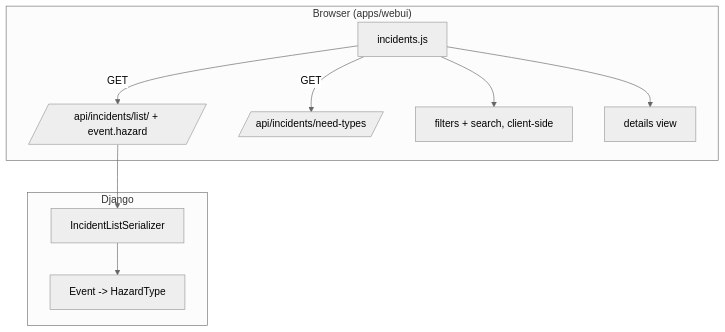
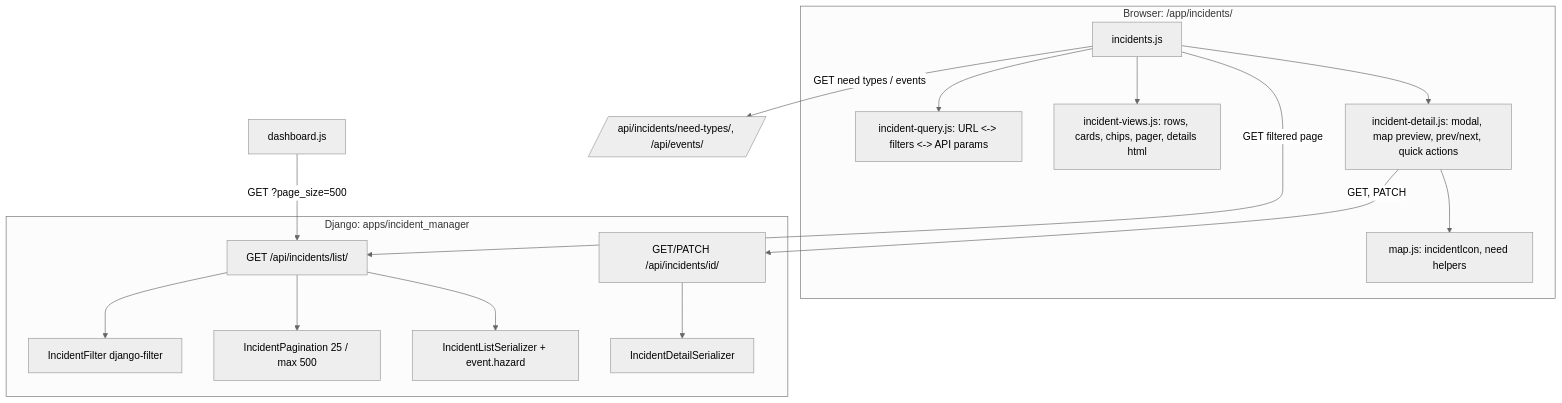
One commit to skfarhad/hazard_reporting_system changed the diagram in agent-os/specs/2026-11-04-incident-list-needs-filters-details/spec.md. Above: the diagram before and after it, drawn with Mermaid (neutral theme). The commit also changed other lines of this file and 3 other files, not shown here.

Commit message:
chore(incident-list-needs-filters-details): plan server-side filters, list views and details modal

````diff
--- a/agent-os/specs/2026-11-04-incident-list-needs-filters-details/spec.md
+++ b/agent-os/specs/2026-11-04-incident-list-needs-filters-details/spec.md
@@ -52,13 +70,19 @@
 ```mermaid
 graph TB
-    subgraph "Browser (apps/webui)"
-        P[incidents.js] -->|GET| L[/api/incidents/list/ + event.hazard/]
-        P -->|GET| N[/api/incidents/need-types/]
-        P --> F[filters + search, client-side]
-        P --> D[details view]
+    subgraph "Browser: /app/incidents/"
+        IP[incidents.js] --> QS[incident-query.js: URL <-> filters <-> API params]
+        IP --> IV[incident-views.js: rows, cards, chips, pager, details html]
+        IP --> DM[incident-detail.js: modal, map preview, prev/next, quick actions]
+        DM --> MP[map.js: incidentIcon, need helpers]
     end
-    subgraph "Django"
-        L --> S[IncidentListSerializer]
-        S --> E[Event -> HazardType]
+    subgraph "Django: apps/incident_manager"
+        L[GET /api/incidents/list/] --> FS[IncidentFilter django-filter]
+        L --> PG[IncidentPagination 25 / max 500]
+        L --> LS[IncidentListSerializer + event.hazard]
+        D[GET/PATCH /api/incidents/id/] --> DS[IncidentDetailSerializer]
     end
+    IP -->|GET filtered page| L
+    IP -->|GET need types / events| NT[/api/incidents/need-types/, /api/events//]
+    DM -->|GET, PATCH| D
+    DASH[dashboard.js] -->|GET ?page_size=500| L
 ```
````
